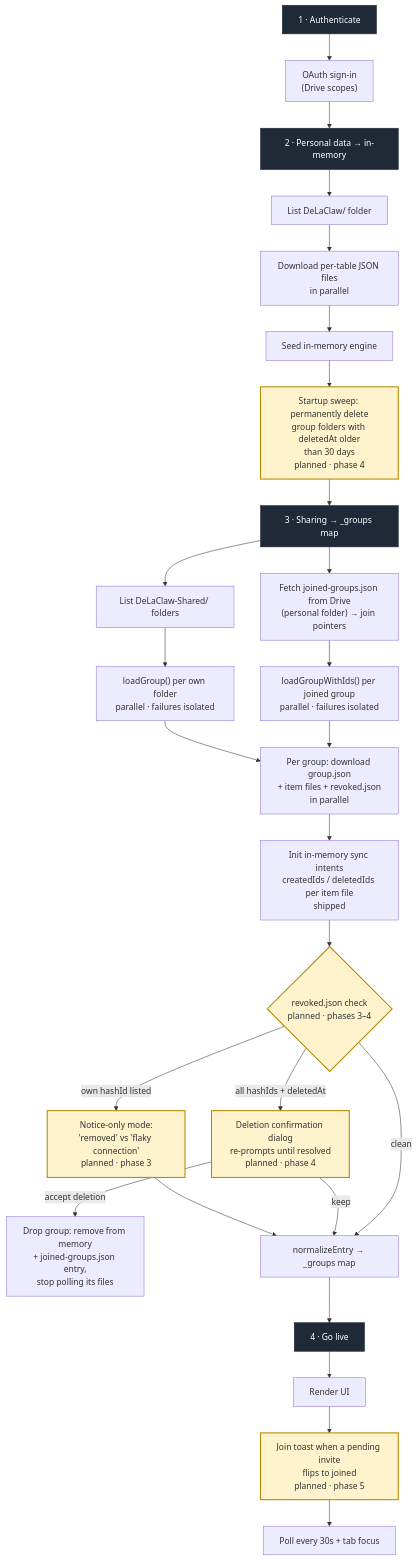
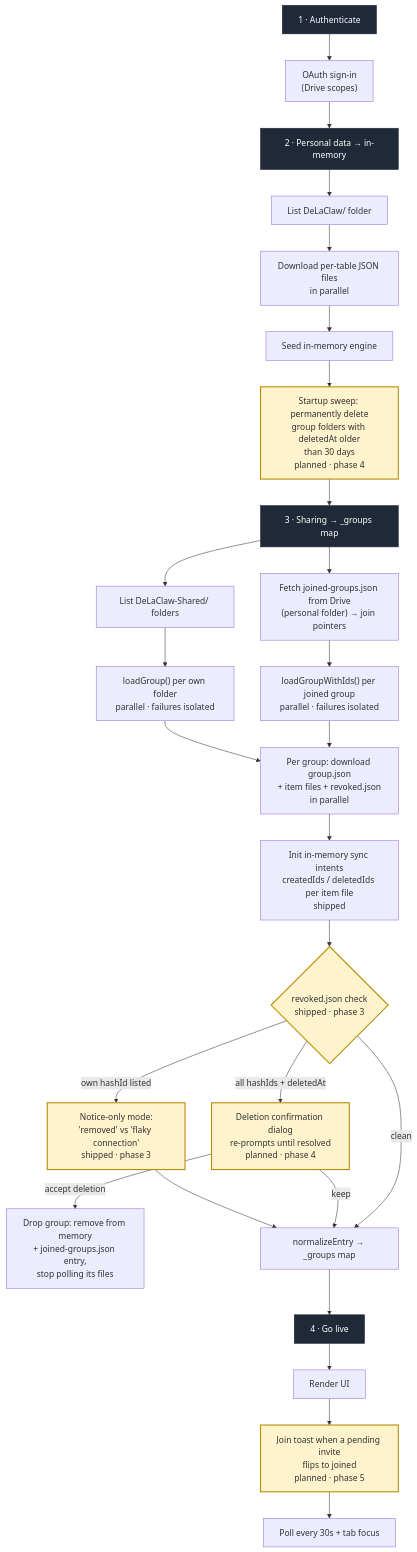
Before and after one commit to AntGro/DeLaClaw: the second of 6 diagrams in docs-site/sync-architecture.md, drawn with Mermaid. The commit also changed 11 other files, not shown here.

First line of the commit message:
feat(sharing): phase 3 — revoked.json removed-member notices

````diff
--- a/docs-site/sync-architecture.md
+++ b/docs-site/sync-architecture.md
@@ -42,42 +42,42 @@
 ```mermaid
 flowchart TD
     H1["1 · Authenticate"]
     OAUTH["OAuth sign-in<br/>(Drive scopes)"]
     H2["2 · Personal data → in-memory"]
     LISTP["List DeLaClaw/ folder"]
     DLP["Download per-table JSON files<br/>in parallel"]
     SEED["Seed in-memory engine"]
     SWEEP["Startup sweep: permanently delete<br/>group folders with deletedAt older<br/>than 30 days<br/>planned · phase 4"]
     H3["3 · Sharing → _groups map"]
     JG["Fetch joined-groups.json from Drive<br/>(personal folder) → join pointers"]
     LISTG["List DeLaClaw-Shared/ folders"]
     OWNG["loadGroup() per own folder<br/>parallel · failures isolated"]
     JOING["loadGroupWithIds() per joined group<br/>parallel · failures isolated"]
     FILES["Per group: download group.json<br/>+ item files + revoked.json<br/>in parallel"]
     INTENT["Init in-memory sync intents<br/>createdIds / deletedIds per item file<br/>shipped"]
-    REVOKE{"revoked.json check<br/>planned · phases 3–4"}
-    REMOVED["Notice-only mode:<br/>'removed' vs 'flaky connection'<br/>planned · phase 3"]
+    REVOKE{"revoked.json check<br/>shipped · phase 3"}
+    REMOVED["Notice-only mode:<br/>'removed' vs 'flaky connection'<br/>shipped · phase 3"]
     DELETED["Deletion confirmation dialog<br/>re-prompts until resolved<br/>planned · phase 4"]
     PURGE["Drop group: remove from memory<br/>+ joined-groups.json entry,<br/>stop polling its files"]
     NORM["normalizeEntry → _groups map"]
     H4["4 · Go live"]
     RENDER["Render UI"]
     TOAST["Join toast when a pending invite<br/>flips to joined<br/>planned · phase 5"]
     POLL["Poll every 30s + tab focus"]
 
     H1 --> OAUTH --> H2 --> LISTP --> DLP --> SEED --> SWEEP --> H3
     H3 --> LISTG --> OWNG --> FILES
     H3 --> JG --> JOING --> FILES
     FILES --> INTENT --> REVOKE
     REVOKE -->|"own hashId listed"| REMOVED --> NORM
     REVOKE -->|"all hashIds + deletedAt"| DELETED
     DELETED -->|"keep"| NORM
     DELETED -->|"accept deletion"| PURGE
     REVOKE -->|"clean"| NORM
     NORM --> H4 --> RENDER --> TOAST --> POLL
 
     classDef section fill:#1f2937,stroke:#1f2937,color:#fff
     classDef planned fill:#fff3cd,stroke:#b78a00,stroke-width:2px
     class H1,H2,H3,H4 section
     class SWEEP,REVOKE,REMOVED,DELETED,TOAST planned
 ```
````
